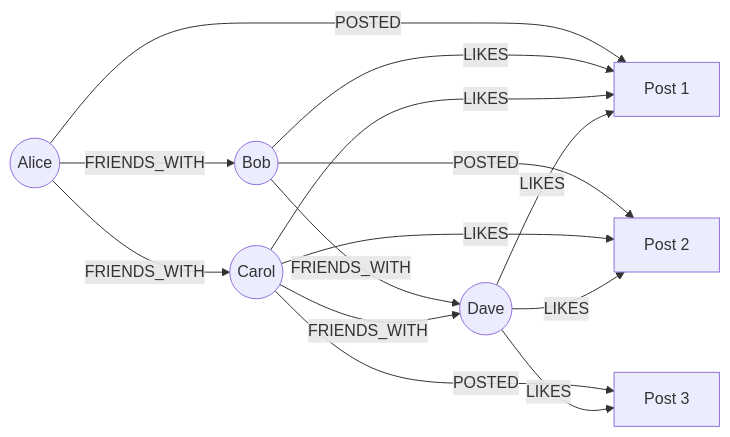
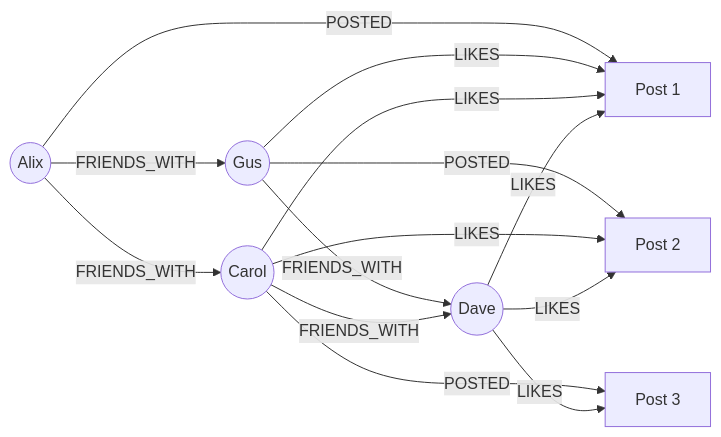
One commit to Imaclean74/grafeo changed the diagram in docs/getting-started/first-graph.md. Above: the diagram before and after it, drawn with Mermaid. The commit also changed other lines of this file and 92 other files, not shown here.

````diff
--- a/docs/getting-started/first-graph.md
+++ b/docs/getting-started/first-graph.md
@@ -302,18 +302,18 @@
 ```mermaid
 graph LR
-    Alice((Alice)) -->|FRIENDS_WITH| Bob((Bob))
-    Alice -->|FRIENDS_WITH| Carol((Carol))
-    Bob -->|FRIENDS_WITH| Dave((Dave))
+    Alix((Alix)) -->|FRIENDS_WITH| Gus((Gus))
+    Alix -->|FRIENDS_WITH| Carol((Carol))
+    Gus -->|FRIENDS_WITH| Dave((Dave))
     Carol -->|FRIENDS_WITH| Dave
 
-    Alice -->|POSTED| P1[Post 1]
-    Bob -->|POSTED| P2[Post 2]
+    Alix -->|POSTED| P1[Post 1]
+    Gus -->|POSTED| P2[Post 2]
     Carol -->|POSTED| P3[Post 3]
 
-    Bob -->|LIKES| P1
+    Gus -->|LIKES| P1
     Carol -->|LIKES| P1
     Carol -->|LIKES| P2
     Dave -->|LIKES| P1
     Dave -->|LIKES| P2
     Dave -->|LIKES| P3
 ```
````
